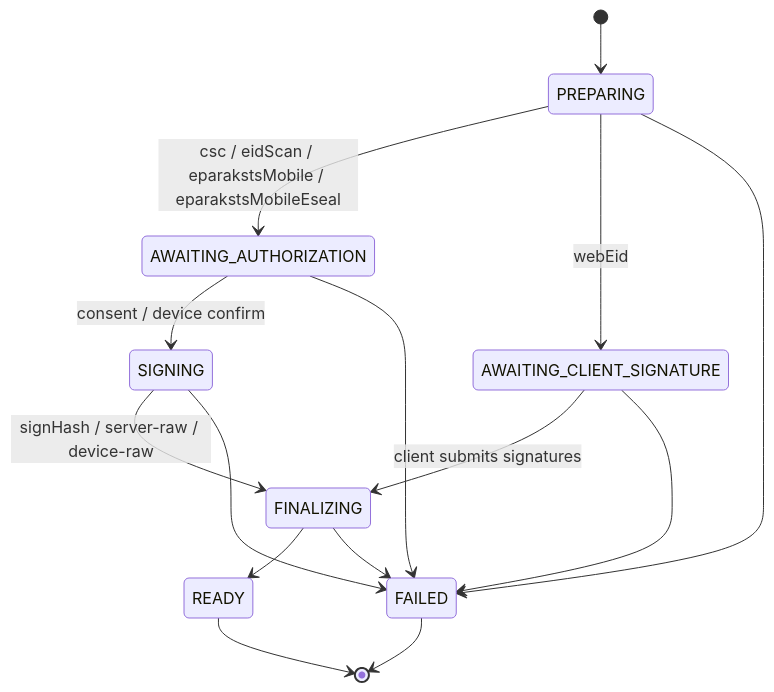
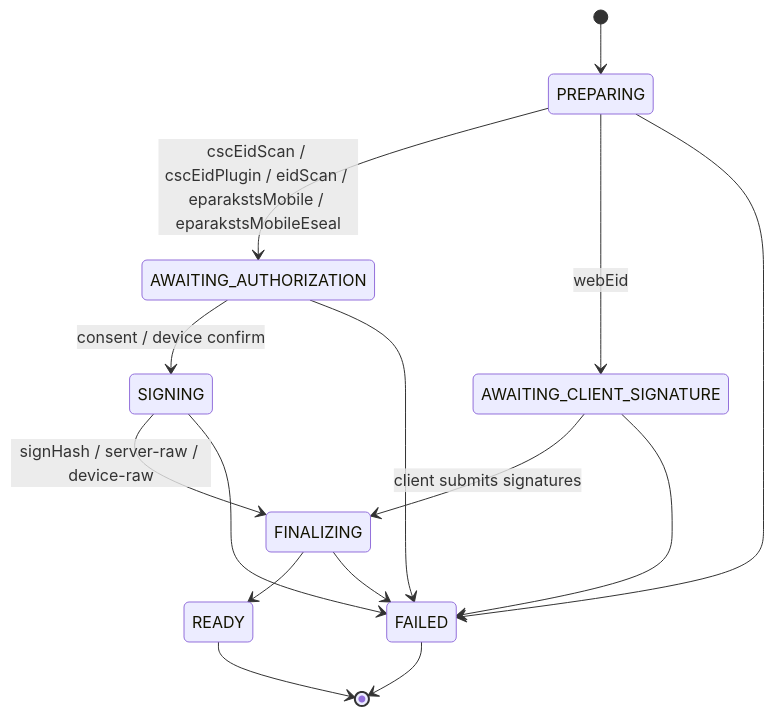
Before and after one commit to signbyte/eparaksts-signer: the second of 4 diagrams in README.md, drawn with Mermaid. The commit also changed other lines of this file and 17 other files, not shown here.

Commit message:
Split the CSC signing flow in two, by how the eID card is read

````diff
--- a/README.md
+++ b/README.md
@@ -68,17 +69,17 @@
 ```mermaid
 stateDiagram-v2
     [*] --> PREPARING
-    PREPARING --> AWAITING_AUTHORIZATION: csc / eidScan / eparakstsMobile / eparakstsMobileEseal
+    PREPARING --> AWAITING_AUTHORIZATION: cscEidScan / cscEidPlugin / eidScan / eparakstsMobile / eparakstsMobileEseal
     PREPARING --> AWAITING_CLIENT_SIGNATURE: webEid
     PREPARING --> FAILED
     AWAITING_AUTHORIZATION --> SIGNING: consent / device confirm
     AWAITING_AUTHORIZATION --> FAILED
     AWAITING_CLIENT_SIGNATURE --> FINALIZING: client submits signatures
     AWAITING_CLIENT_SIGNATURE --> FAILED
     SIGNING --> FINALIZING: signHash / server-raw / device-raw
     SIGNING --> FAILED
     FINALIZING --> READY
     FINALIZING --> FAILED
     READY --> [*]
     FAILED --> [*]
 ```
````
